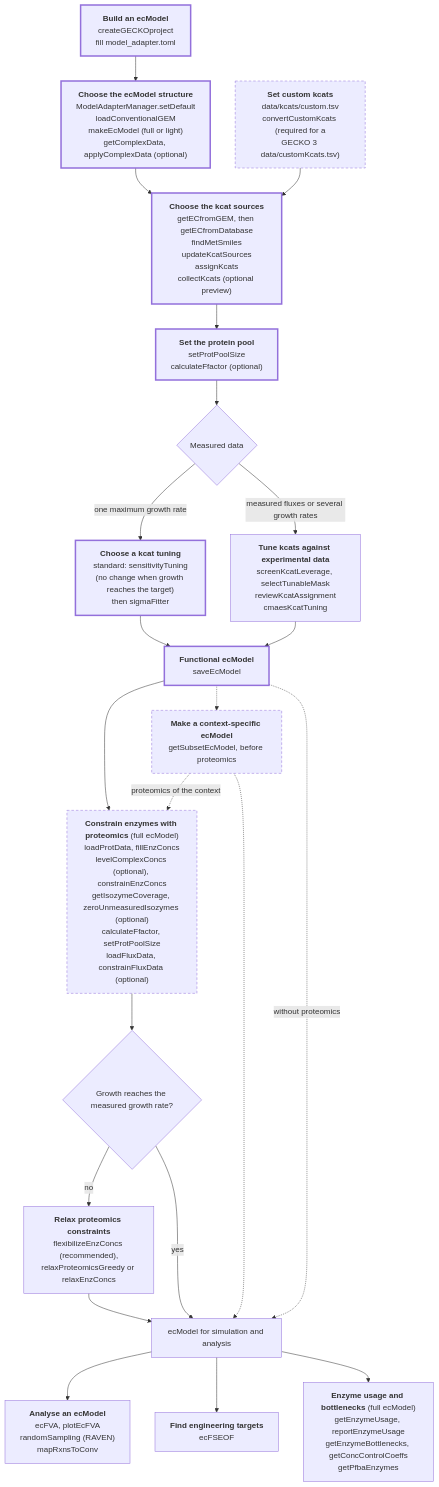
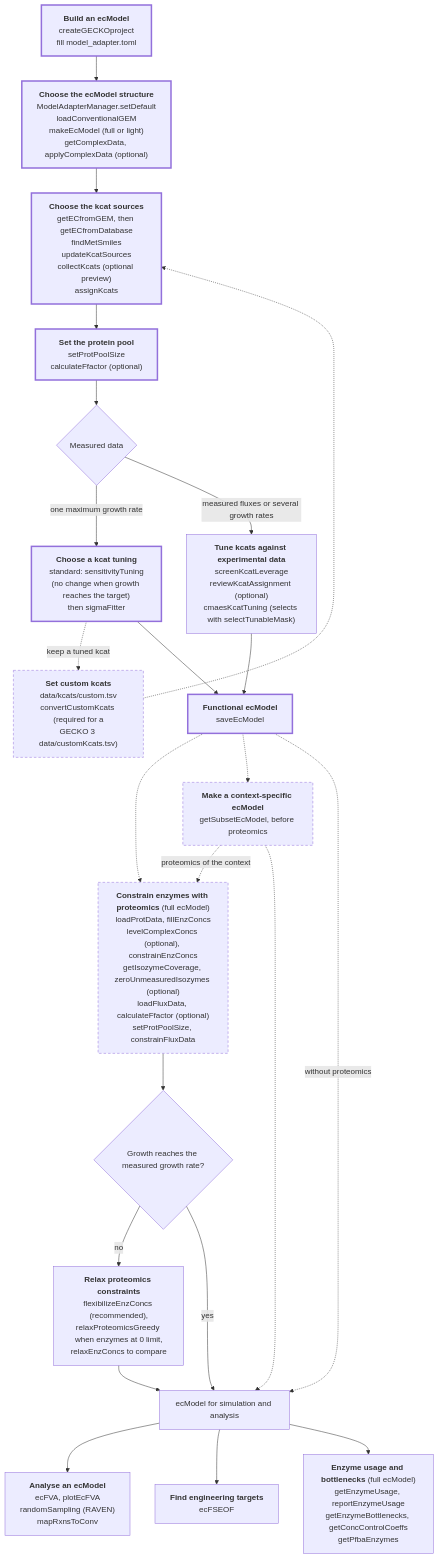
The first of 2 diagrams in docs/guide/workflow.md (CompMetEng/gecko-docs), drawn with Mermaid before and after one commit. The commit also changed other lines of this file and 16 other files, not shown here.

Commit message:
doc: mark the optional steps of the proteomics and tuning diagrams

````diff
--- a/docs/guide/workflow.md
+++ b/docs/guide/workflow.md
@@ -15,56 +15,57 @@
 ```{mermaid}
 :config: {"flowchart": {"useMaxWidth": false}}
 
 flowchart TB
   classDef quick stroke-width:3px
   classDef opt stroke-dasharray: 5 4
   P["<b>Build an ecModel</b><br/>createGECKOproject<br/>fill model_adapter.toml"]:::quick
   S["<b>Choose the ecModel structure</b><br/>ModelAdapterManager.setDefault<br/>loadConventionalGEM<br/>makeEcModel (full or light)<br/>getComplexData, applyComplexData (optional)"]:::quick
-  K["<b>Choose the kcat sources</b><br/>getECfromGEM, then getECfromDatabase<br/>findMetSmiles<br/>updateKcatSources<br/>assignKcats<br/>collectKcats (optional preview)"]:::quick
+  K["<b>Choose the kcat sources</b><br/>getECfromGEM, then getECfromDatabase<br/>findMetSmiles<br/>updateKcatSources<br/>collectKcats (optional preview)<br/>assignKcats"]:::quick
   C["<b>Set custom kcats</b><br/>data/kcats/custom.tsv<br/>convertCustomKcats (required for a<br/>GECKO 3 data/customKcats.tsv)"]:::opt
   PP["<b>Set the protein pool</b><br/>setProtPoolSize<br/>calculateFfactor (optional)"]:::quick
   G{"Measured data"}
   T["<b>Choose a kcat tuning</b><br/>standard: sensitivityTuning<br/>(no change when growth reaches the target)<br/>then sigmaFitter"]:::quick
-  A["<b>Tune kcats against experimental data</b><br/>screenKcatLeverage, selectTunableMask<br/>reviewKcatAssignment<br/>cmaesKcatTuning"]
+  A["<b>Tune kcats against experimental data</b><br/>screenKcatLeverage<br/>reviewKcatAssignment (optional)<br/>cmaesKcatTuning (selects with selectTunableMask)"]
   F["<b>Functional ecModel</b><br/>saveEcModel"]:::quick
   P --> S --> K --> PP --> G
-  C --> K
+  C -.-> K
+  T -.->|keep a tuned kcat| C
   G -->|one maximum growth rate| T
   G -->|measured fluxes or several growth rates| A
   T --> F
   A --> F
-  PR["<b>Constrain enzymes with proteomics</b> (full ecModel)<br/>loadProtData, fillEnzConcs<br/>levelComplexConcs (optional), constrainEnzConcs<br/>getIsozymeCoverage, zeroUnmeasuredIsozymes (optional)<br/>calculateFfactor, setProtPoolSize<br/>loadFluxData, constrainFluxData (optional)"]:::opt
-  F --> PR
+  PR["<b>Constrain enzymes with proteomics</b> (full ecModel)<br/>loadProtData, fillEnzConcs<br/>levelComplexConcs (optional), constrainEnzConcs<br/>getIsozymeCoverage, zeroUnmeasuredIsozymes (optional)<br/>loadFluxData, calculateFfactor (optional)<br/>setProtPoolSize, constrainFluxData"]:::opt
+  F -.-> PR
   F -.-> CX
   CX -.->|proteomics of the context| PR
   CX -.-> RD
   RL{"Growth reaches the measured growth rate?"}
   PR --> RL
-  RX["<b>Relax proteomics constraints</b><br/>flexibilizeEnzConcs (recommended),<br/>relaxProteomicsGreedy or relaxEnzConcs"]
+  RX["<b>Relax proteomics constraints</b><br/>flexibilizeEnzConcs (recommended),<br/>relaxProteomicsGreedy when enzymes at 0 limit,<br/>relaxEnzConcs to compare"]
   RL -->|no| RX
   RD["ecModel for simulation and analysis"]
   RL -->|yes| RD
   RX --> RD
   F -.->|without proteomics| RD
   AN["<b>Analyse an ecModel</b><br/>ecFVA, plotEcFVA<br/>randomSampling (RAVEN)<br/>mapRxnsToConv"]
   EN["<b>Find engineering targets</b><br/>ecFSEOF"]
   CX["<b>Make a context-specific ecModel</b><br/>getSubsetEcModel, before proteomics"]:::opt
   EU["<b>Enzyme usage and bottlenecks</b> (full ecModel)<br/>getEnzymeUsage, reportEnzymeUsage<br/>getEnzymeBottlenecks, getConcControlCoeffs<br/>getPfbaEnzymes"]
   RD --> AN
   RD --> EN
   RD --> EU
   click P href "first-ecmodel.html"
   click S href "ecmodel-structure.html"
   click K href "kcat-sources.html"
   click C href "custom-kcats.html"
   click PP href "protein-pool.html"
   click T href "kcat-tuning.html"
   click A href "advanced-tuning.html"
   click F href "first-ecmodel.html"
   click PR href "proteomics.html"
   click RX href "relaxing-proteomics.html"
   click AN href "analysis.html"
   click EN href "engineering-targets.html"
   click CX href "context-ecmodel.html"
   click EU href "enzyme-usage.html"
 ```
````
